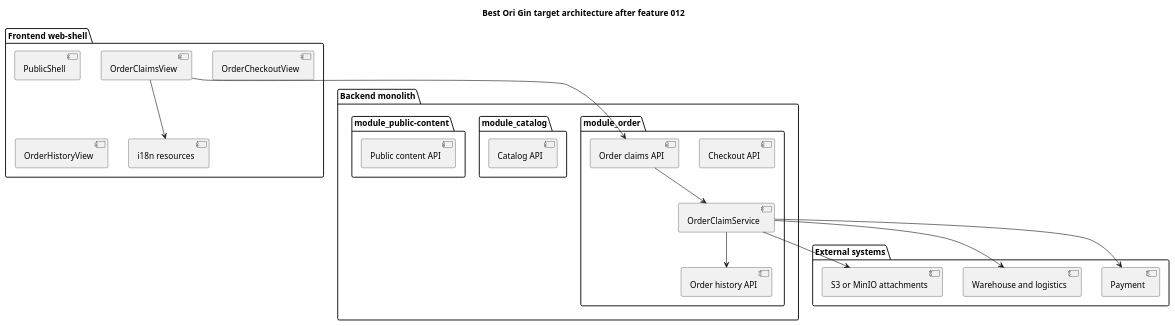
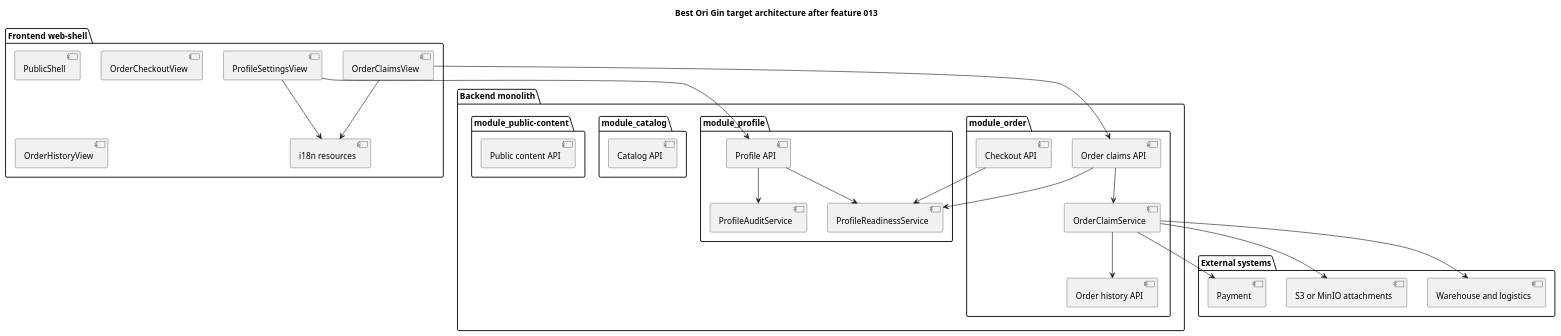
One commit to alextaralexander/ai_ori_test changed the diagram in agents/architecture/architecture.plantuml. Above: the diagram before and after it, drawn with PlantUML. The commit also changed 46 other files, not shown here.

```diff
--- a/agents/architecture/architecture.plantuml
+++ b/agents/architecture/architecture.plantuml
@@ -1,36 +1,48 @@
 @startuml
-title Best Ori Gin target architecture after feature 012
+title Best Ori Gin target architecture after feature 013
 package "Frontend web-shell" {
   [PublicShell]
+  [ProfileSettingsView]
   [OrderCheckoutView]
   [OrderHistoryView]
   [OrderClaimsView]
   [i18n resources]
 }
 package "Backend monolith" {
+  package "module_profile" {
+    [Profile API]
+    [ProfileReadinessService]
+    [ProfileAuditService]
+  }
   package "module_order" {
     [Checkout API]
     [Order history API]
     [Order claims API]
     [OrderClaimService]
   }
   package "module_catalog" {
     [Catalog API]
   }
   package "module_public-content" {
     [Public content API]
   }
 }
 package "External systems" {
   [Payment]
   [Warehouse and logistics]
   [S3 or MinIO attachments]
 }
+[ProfileSettingsView] --> [Profile API]
+[Profile API] --> [ProfileReadinessService]
+[Profile API] --> [ProfileAuditService]
+[ProfileSettingsView] --> [i18n resources]
+[Checkout API] --> [ProfileReadinessService]
+[Order claims API] --> [ProfileReadinessService]
 [OrderClaimsView] --> [Order claims API]
 [Order claims API] --> [OrderClaimService]
 [OrderClaimService] --> [Order history API]
 [OrderClaimService] --> [Payment]
 [OrderClaimService] --> [Warehouse and logistics]
 [OrderClaimService] --> [S3 or MinIO attachments]
 [OrderClaimsView] --> [i18n resources]
 @enduml
```
